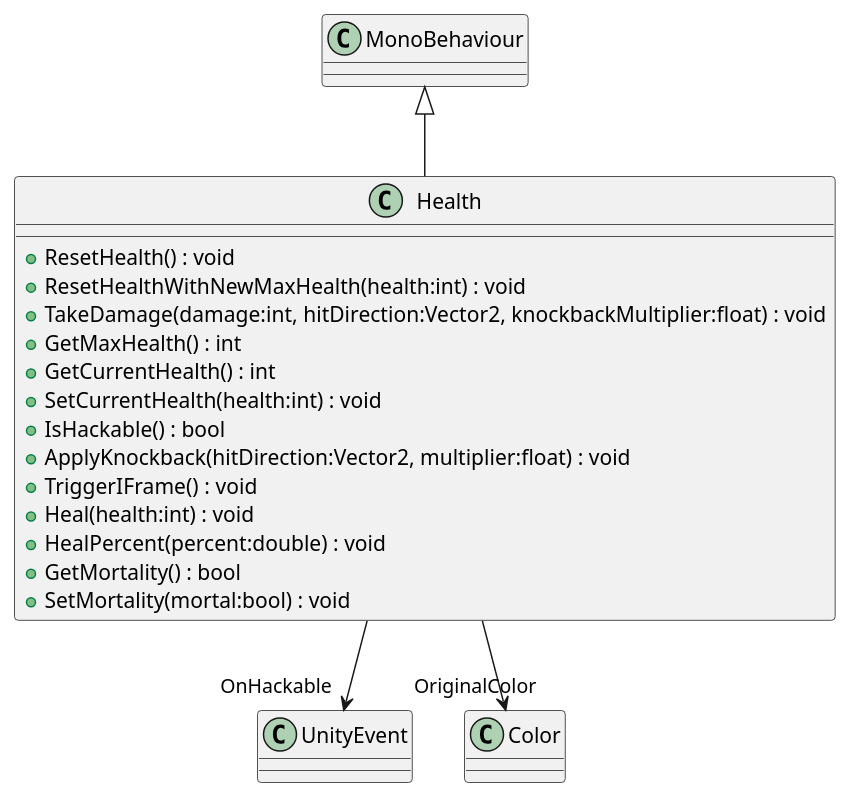
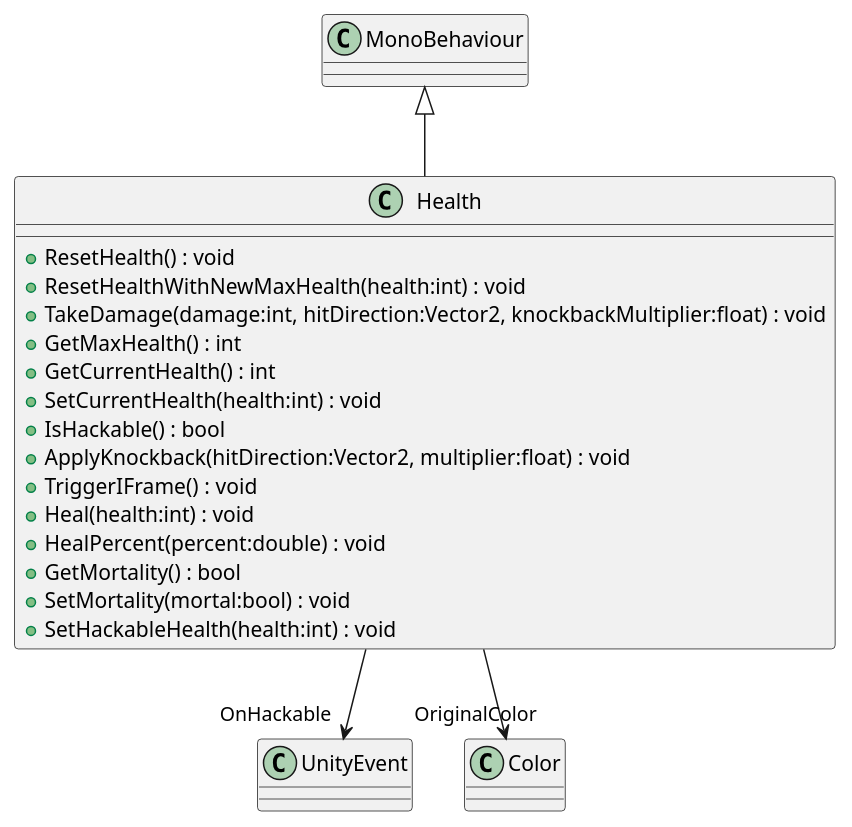
The diagram in UML/Combat/Health.puml (KawinM23/TakeControl), drawn with PlantUML before and after one commit. The commit also changed 7 other files, not shown here.

Commit message:
ci: generate uml (Generate UML)

```diff
--- a/UML/Combat/Health.puml
+++ b/UML/Combat/Health.puml
@@ -1,20 +1,21 @@
 @startuml
 class Health {
     + ResetHealth() : void
     + ResetHealthWithNewMaxHealth(health:int) : void
     + TakeDamage(damage:int, hitDirection:Vector2, knockbackMultiplier:float) : void
     + GetMaxHealth() : int
     + GetCurrentHealth() : int
     + SetCurrentHealth(health:int) : void
     + IsHackable() : bool
     + ApplyKnockback(hitDirection:Vector2, multiplier:float) : void
     + TriggerIFrame() : void
     + Heal(health:int) : void
     + HealPercent(percent:double) : void
     + GetMortality() : bool
     + SetMortality(mortal:bool) : void
+    + SetHackableHealth(health:int) : void
 }
 MonoBehaviour <|-- Health
 Health --> "OnHackable" UnityEvent
 Health --> "OriginalColor" Color
 @enduml
```
